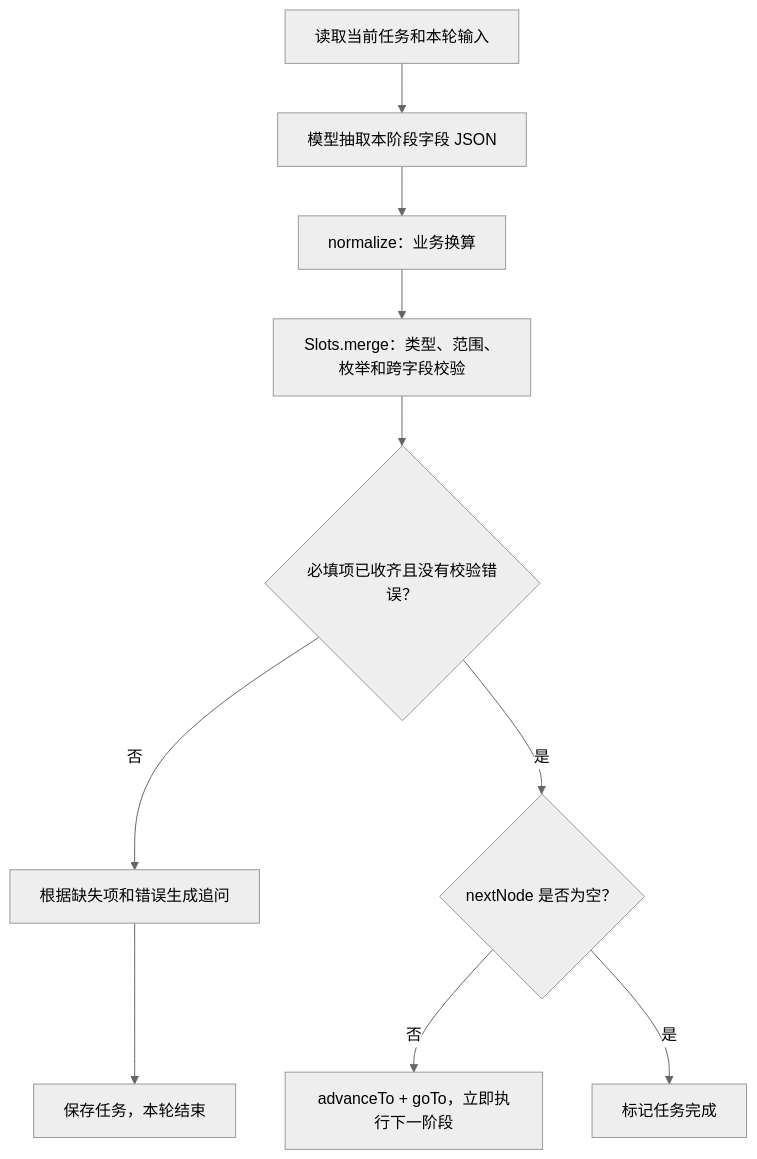
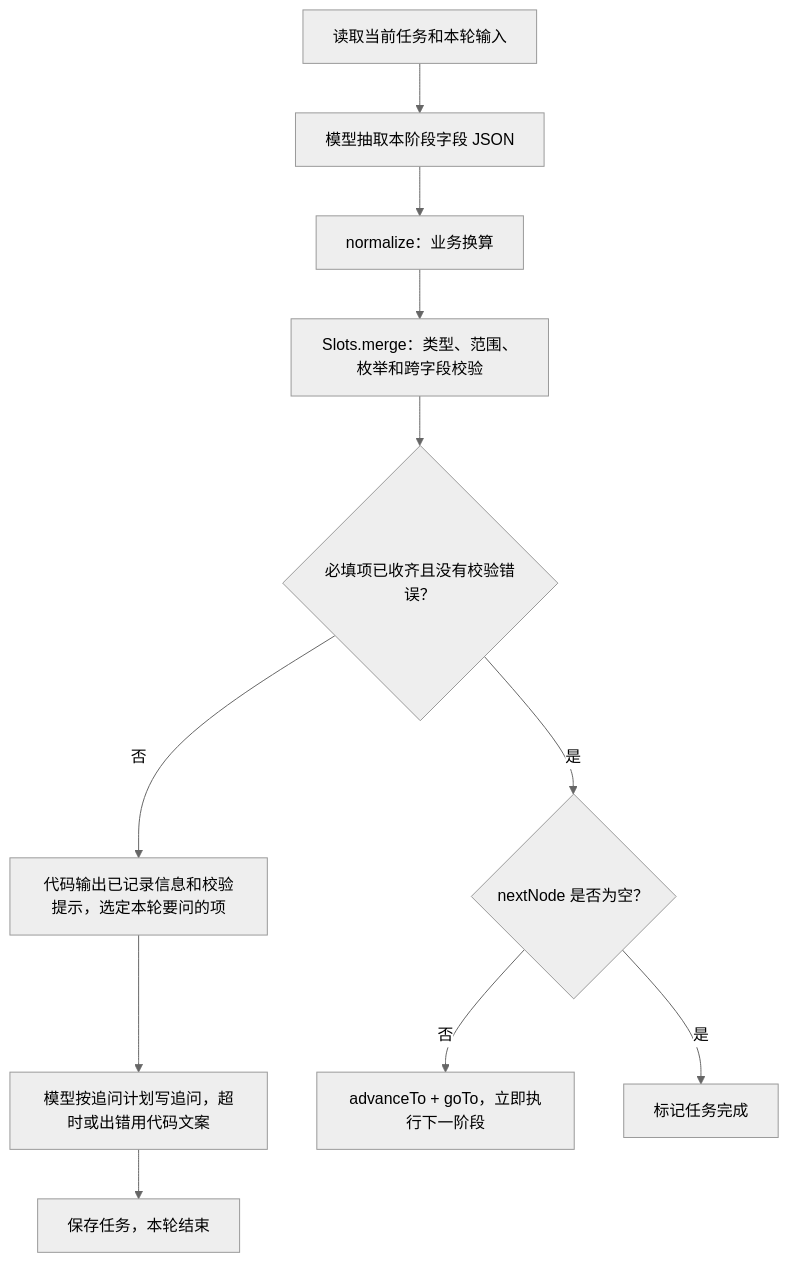
Before and after one commit to wyn407473978/smart-flow: the fifth of 6 diagrams in docs/architecture.md, drawn with Mermaid (neutral theme). The commit also changed other lines of this file and 15 other files, not shown here.

````diff
--- a/docs/architecture.md
+++ b/docs/architecture.md
@@ -283,12 +283,13 @@
 ```mermaid
 flowchart TD
     I[读取当前任务和本轮输入] --> X[模型抽取本阶段字段 JSON]
     X --> N[normalize：业务换算]
     N --> V[Slots.merge：类型、范围、枚举和跨字段校验]
     V --> Q{必填项已收齐且没有校验错误？}
-    Q -->|否| A[根据缺失项和错误生成追问]
-    A --> E[保存任务，本轮结束]
+    Q -->|否| A[代码输出已记录信息和校验提示，选定本轮要问的项]
+    A --> M[模型按追问计划写追问，超时或出错用代码文案]
+    M --> E[保存任务，本轮结束]
     Q -->|是| D{nextNode 是否为空？}
     D -->|否| P[advanceTo + goTo，立即执行下一阶段]
     D -->|是| F[标记任务完成]
 ```
````
